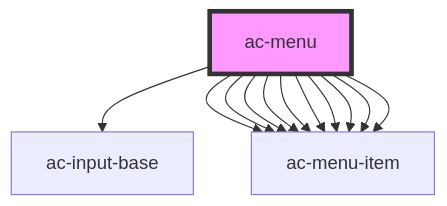
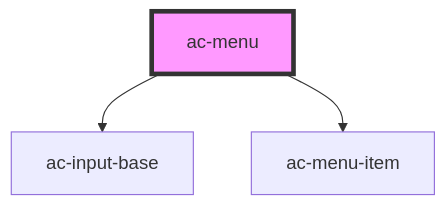
The diagram in core/src/components/molecules/ac-menu/readme.md (accera-tech/solar-components), drawn with Mermaid before and after one commit. The commit also changed other lines of this file and 11 other files, not shown here.

````diff
--- a/core/src/components/molecules/ac-menu/readme.md
+++ b/core/src/components/molecules/ac-menu/readme.md
@@ -41,16 +32,6 @@
 ```mermaid
 graph TD;
   ac-menu --> ac-input-base
   ac-menu --> ac-menu-item
-  ac-menu --> ac-menu-item
-  ac-menu --> ac-menu-item
-  ac-menu --> ac-menu-item
-  ac-menu --> ac-menu-item
-  ac-menu --> ac-menu-item
-  ac-menu --> ac-menu-item
-  ac-menu --> ac-menu-item
-  ac-menu --> ac-menu-item
-  ac-menu --> ac-menu-item
-
   style ac-menu fill:#f9f,stroke:#333,stroke-width:4px
 ```
````
